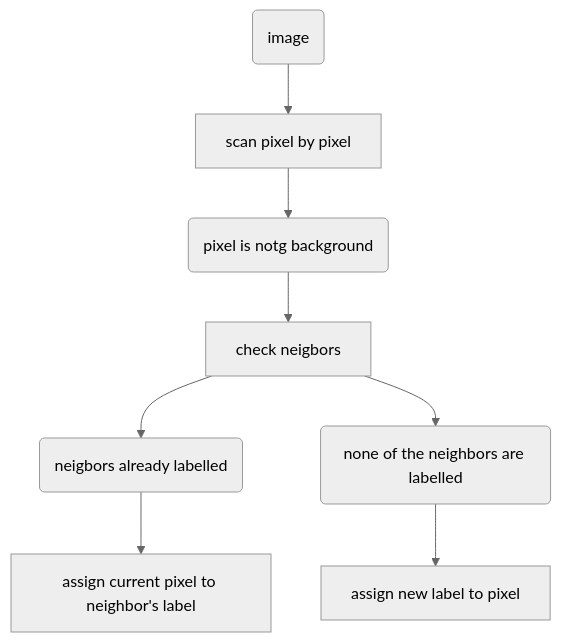
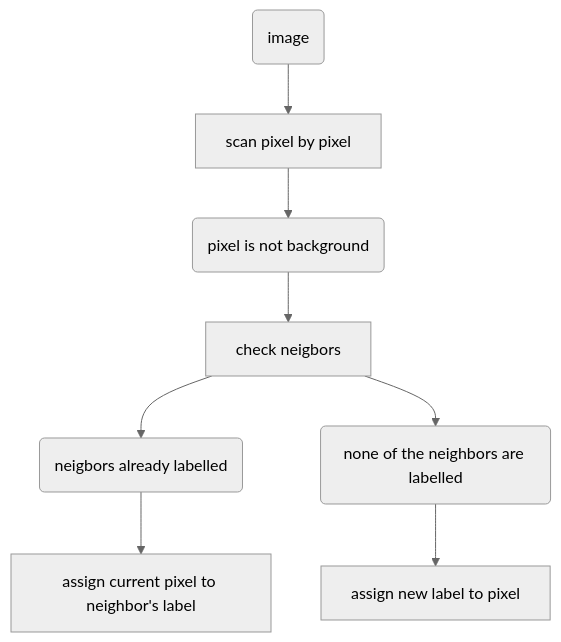
Before and after one commit to mihaiBront/master_SistemasInteligentes_obsidianVault: the diagram in SJK002 - COMPUTER VISION/P7 - Image segmentation.md, drawn with Mermaid (neutral theme). The commit also changed 86 other files, not shown here.

````diff
--- a/SJK002 - COMPUTER VISION/P7 - Image segmentation.md
+++ b/SJK002 - COMPUTER VISION/P7 - Image segmentation.md
@@ -165,11 +165,11 @@
 ```mermaid
 flowchart TD
 
 A(image) --> B[scan pixel by pixel]
-B --> C(pixel is notg background)
+B --> C(pixel is not background)
 C --> D[check neigbors]
 D --> E(neigbors already labelled)
 D --> F(none of the neighbors are labelled)
 E --> G[assign current pixel to neighbor's label]
 F --> H[assign new label to pixel]
 ```
````
